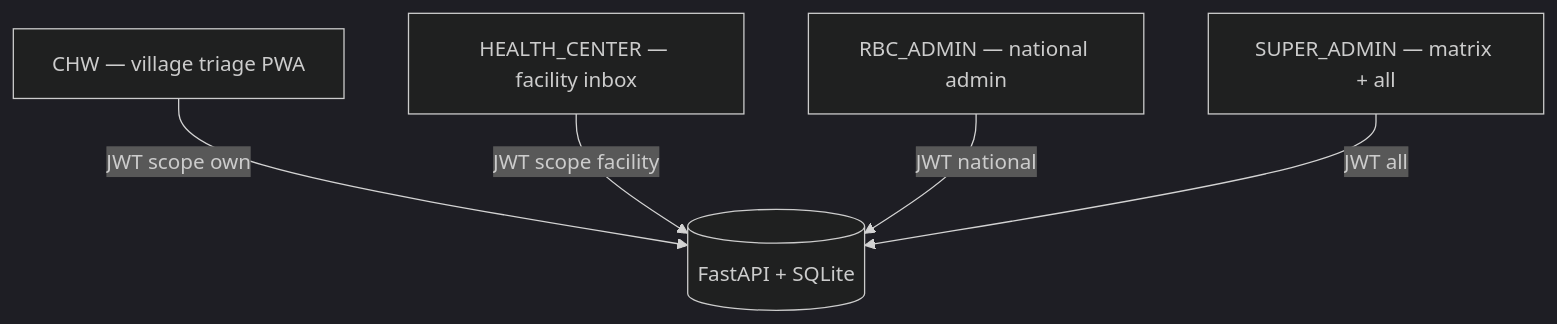
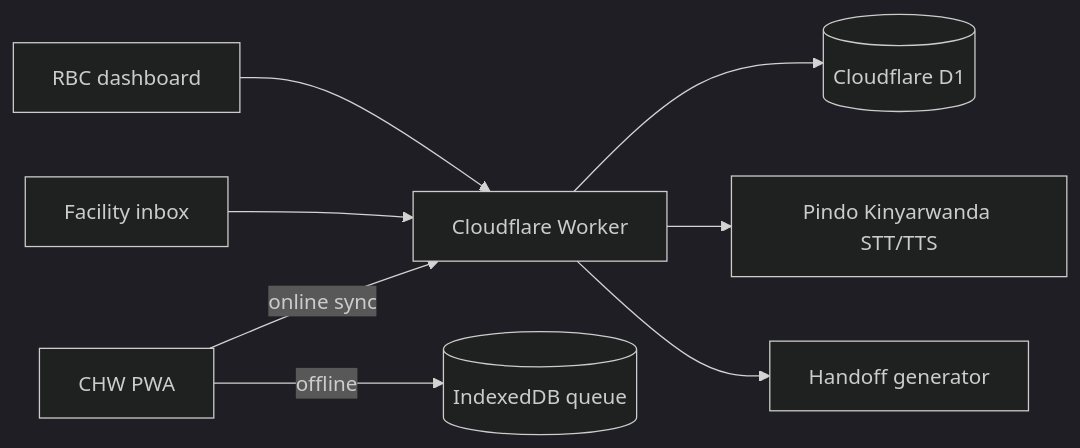
Before and after one commit to Ashuza11/ZeroMalaria: the first of 2 diagrams in docs/architecture.md, drawn with Mermaid (dark theme). The commit also changed other lines of this file and 147 other files, not shown here.

Commit message:
feat: rebuild ZeroMalaria as an offline-first PWA

````diff
--- a/docs/architecture.md
+++ b/docs/architecture.md
@@ -9,12 +3,10 @@
 ```mermaid
-flowchart TB
-  CHW[CHW — village triage PWA]
-  HC[HEALTH_CENTER — facility inbox]
-  Adm[RBC_ADMIN — national admin]
-  SA[SUPER_ADMIN — matrix + all]
-
-  CHW -->|JWT scope own| API[(FastAPI + SQLite)]
-  HC -->|JWT scope facility| API
-  Adm -->|JWT national| API
-  SA -->|JWT all| API
+flowchart LR
+  CHW[CHW PWA] -->|online sync| Worker[Cloudflare Worker]
+  CHW -->|offline| IDB[(IndexedDB queue)]
+  Worker --> D1[(Cloudflare D1)]
+  Worker --> Pindo[Pindo Kinyarwanda STT/TTS]
+  Worker --> Brief[Handoff generator]
+  Facility[Facility inbox] --> Worker
+  RBC[RBC dashboard] --> Worker
 ```
````
